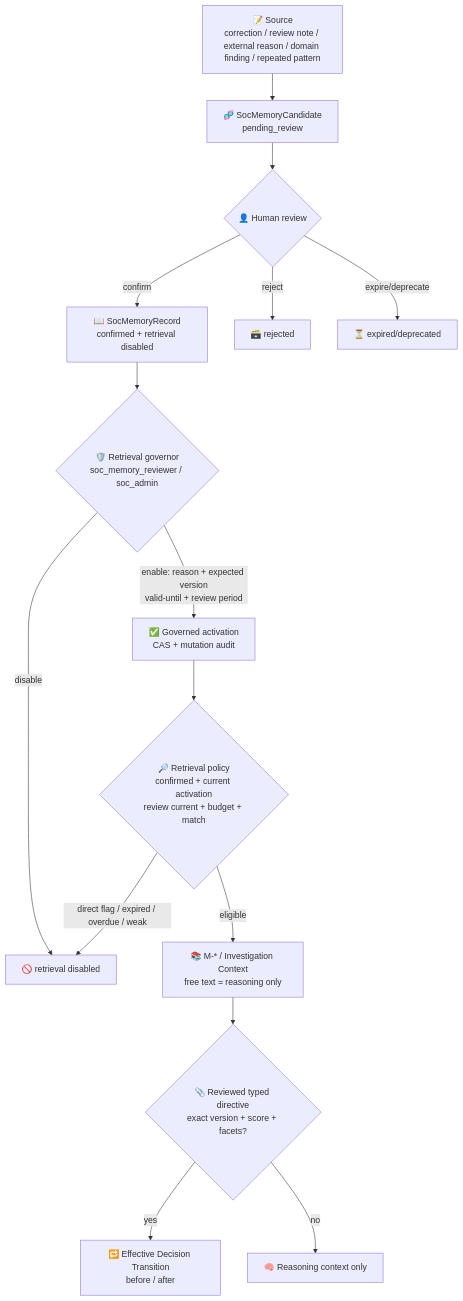
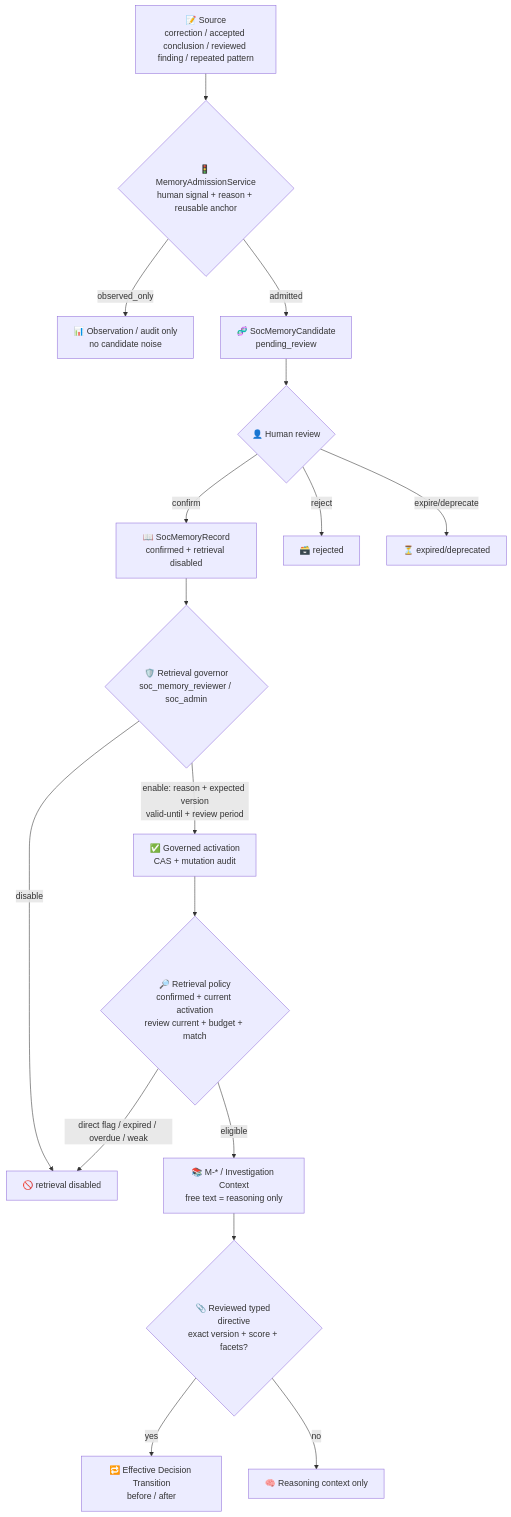
One commit to yydspanda/deer-flow changed diagram 15 of 16 in .notes/ai_soc/soc-agent-solution.md. Above: the diagram before and after it, drawn with Mermaid. The commit also changed other lines of this file and 55 other files, not shown here.

Commit message:
feat(soc): govern role adjudication and memory retrieval

````diff
--- a/.notes/ai_soc/soc-agent-solution.md
+++ b/.notes/ai_soc/soc-agent-solution.md
@@ -1573,17 +1594,19 @@
 ```mermaid
 flowchart TD
-    S1["📝 Source<br/>correction / review note / external reason / domain finding / repeated pattern"] --> C["🧬 SocMemoryCandidate<br/>pending_review"]
+    S1["📝 Source<br/>correction / accepted conclusion / reviewed finding / repeated pattern"] --> A{"🚦 MemoryAdmissionService<br/>human signal + reason + reusable anchor"}
+    A -->|"observed_only"| O["📊 Observation / audit only<br/>no candidate noise"]
+    A -->|"admitted"| C["🧬 SocMemoryCandidate<br/>pending_review"]
     C --> R{"👤 Human review"}
     R -->|"confirm"| M["📖 SocMemoryRecord<br/>confirmed + retrieval disabled"]
     R -->|"reject"| X["🗃️ rejected"]
     R -->|"expire/deprecate"| E["⏳ expired/deprecated"]
     M --> G{"🛡️ Retrieval governor<br/>soc_memory_reviewer / soc_admin"}
     G -->|"enable: reason + expected version<br/>valid-until + review period"| P["✅ Governed activation<br/>CAS + mutation audit"]
     G -->|"disable"| NO["🚫 retrieval disabled"]
     P --> RP{"🔎 Retrieval policy<br/>confirmed + current activation<br/>review current + budget + match"}
     RP -->|"eligible"| CTX["📚 M-* / Investigation Context<br/>free text = reasoning only"]
     CTX --> TD{"📎 Reviewed typed directive<br/>exact version + score + facets?"}
     TD -->|"yes"| TR["🔁 Effective Decision Transition<br/>before / after"]
     TD -->|"no"| RO["🧠 Reasoning context only"]
     RP -->|"direct flag / expired / overdue / weak"| NO
 ```
````
